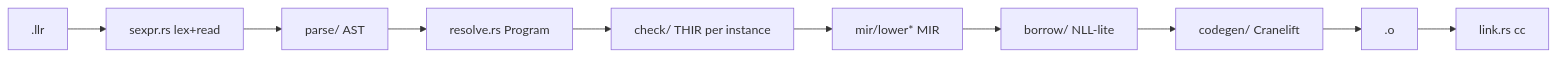
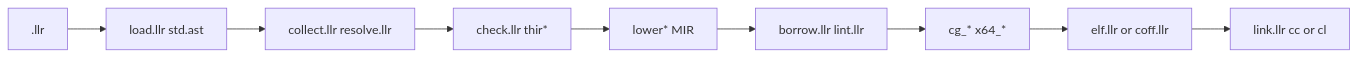
The diagram in HANDOFF.md (AVoSI-VI/Llrst), drawn with Mermaid before and after one commit. The commit also changed other lines of this file and 13 other files, not shown here.

````diff
--- a/HANDOFF.md
+++ b/HANDOFF.md
@@ -53,6 +56,6 @@
 ```mermaid
 flowchart LR
-  src[".llr"] --> sexpr["sexpr.rs lex+read"] --> parse["parse/ AST"] --> resolve["resolve.rs Program"]
-  resolve --> check["check/ THIR per instance"] --> mir["mir/lower* MIR"] --> borrow["borrow/ NLL-lite"]
-  borrow --> cg["codegen/ Cranelift"] --> obj[".o"] --> link["link.rs cc"]
+  src[".llr"] --> load["load.llr std.ast"] --> resolve["collect.llr resolve.llr"]
+  resolve --> check["check.llr thir*"] --> mir["lower* MIR"] --> borrow["borrow.llr lint.llr"]
+  borrow --> cg["cg_* x64_*"] --> obj["elf.llr or coff.llr"] --> link["link.llr cc or cl"]
 ```
````
